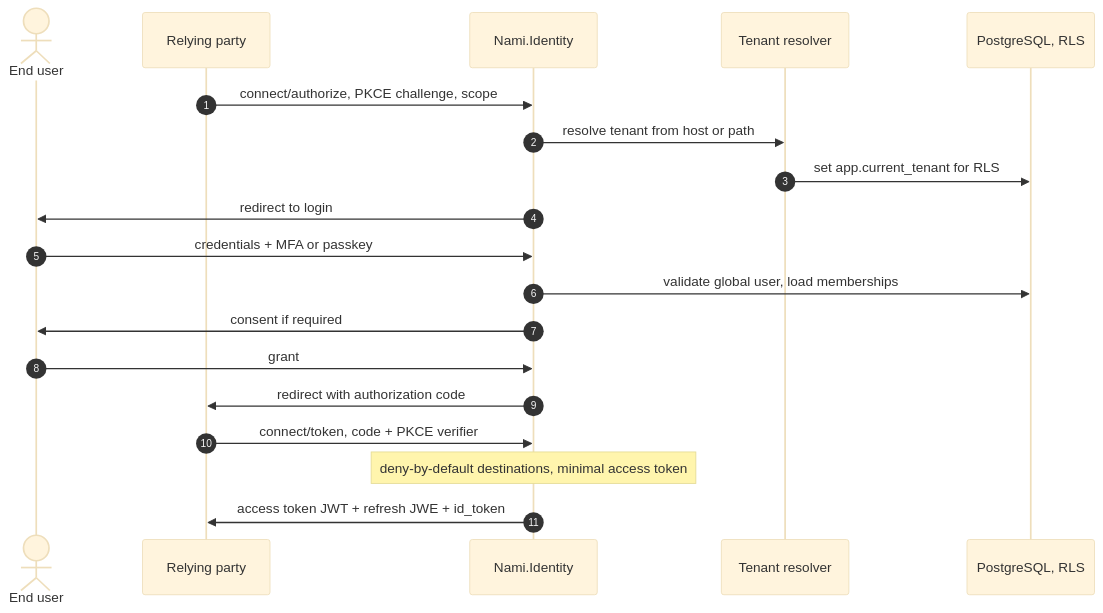
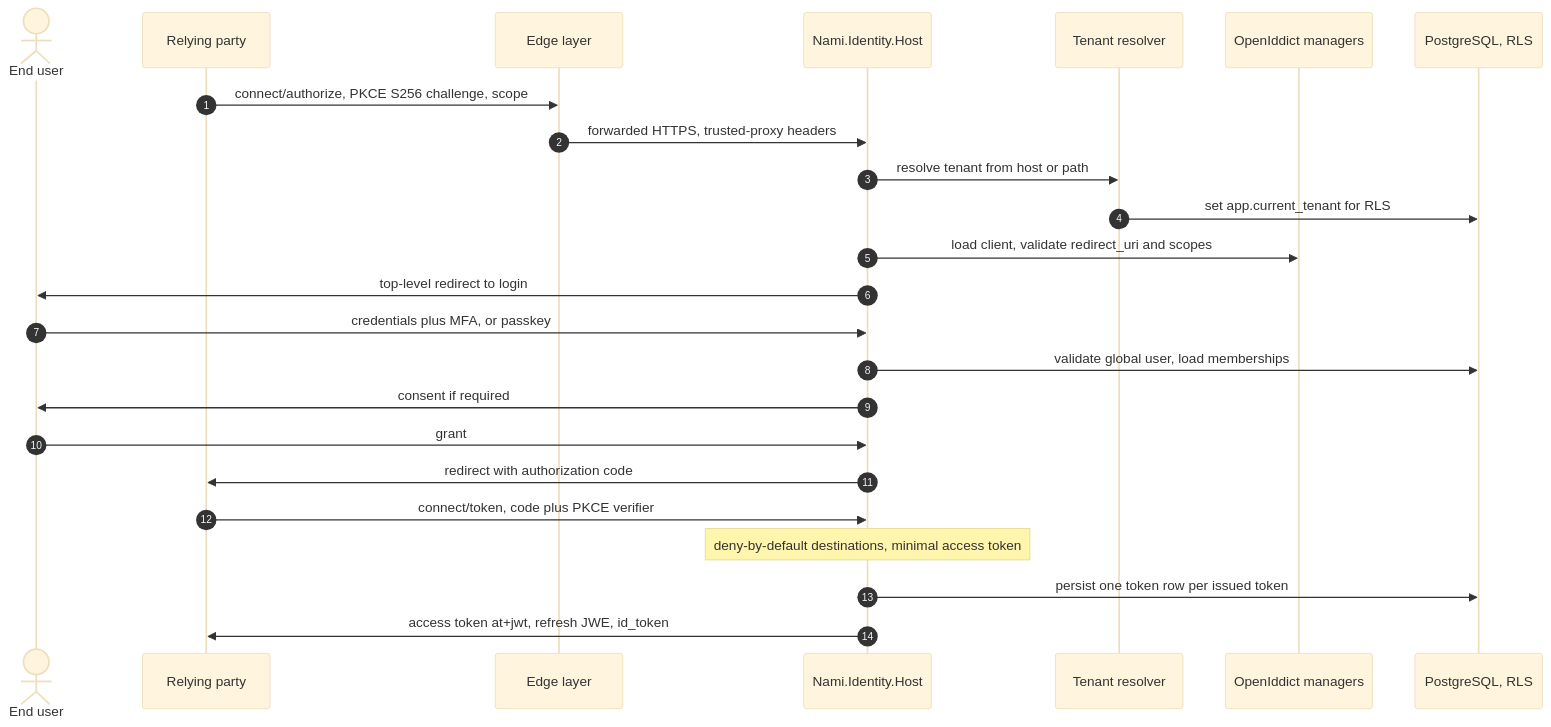
The first of 16 diagrams in docs/architecture/06-runtime-views.md (namphuongtran/nami), drawn with Mermaid (base theme) before and after one commit. The commit also changed other lines of this file and 2 other files, not shown here.

````diff
--- a/docs/architecture/06-runtime-views.md
+++ b/docs/architecture/06-runtime-views.md
@@ -17,21 +41,26 @@
 ```mermaid
 sequenceDiagram
   autonumber
   actor U as End user
   participant RP as Relying party
-  participant IDP as Nami.Identity
+  participant E as Edge layer
+  participant IDP as Nami.Identity.Host
   participant T as Tenant resolver
+  participant M as OpenIddict managers
   participant DB as PostgreSQL, RLS
-  RP->>IDP: connect/authorize, PKCE challenge, scope
+  RP->>E: connect/authorize, PKCE S256 challenge, scope
+  E->>IDP: forwarded HTTPS, trusted-proxy headers
   IDP->>T: resolve tenant from host or path
   T->>DB: set app.current_tenant for RLS
-  IDP->>U: redirect to login
-  U->>IDP: credentials + MFA or passkey
+  IDP->>M: load client, validate redirect_uri and scopes
+  IDP->>U: top-level redirect to login
+  U->>IDP: credentials plus MFA, or passkey
   IDP->>DB: validate global user, load memberships
   IDP->>U: consent if required
   U->>IDP: grant
   IDP->>RP: redirect with authorization code
-  RP->>IDP: connect/token, code + PKCE verifier
+  RP->>IDP: connect/token, code plus PKCE verifier
   Note over IDP: deny-by-default destinations, minimal access token
-  IDP->>RP: access token JWT + refresh JWE + id_token
+  IDP->>DB: persist one token row per issued token
+  IDP->>RP: access token at+jwt, refresh JWE, id_token
 ```
````
